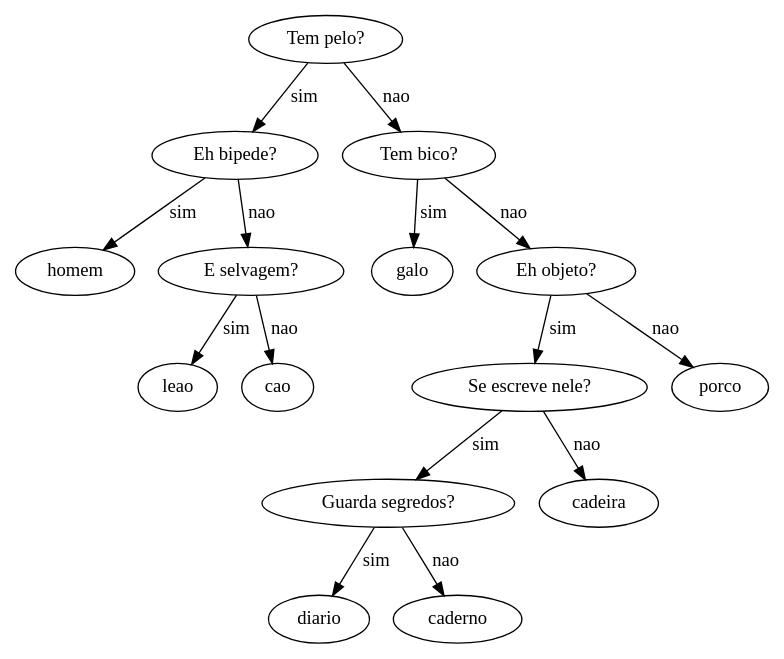
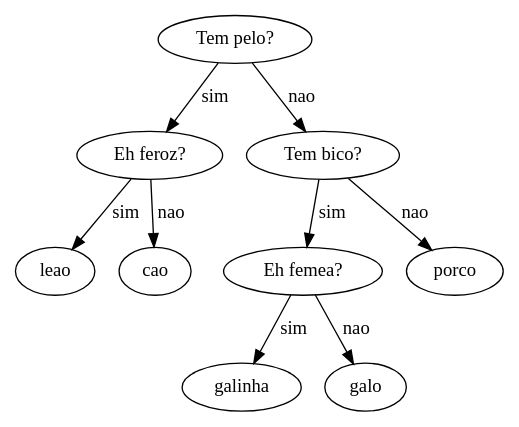
The diagram in database.dot (amaralcoding/miniakinator), drawn with Graphviz before and after one commit. The commit also changed 1 other file, not shown here.

```diff
--- a/database.dot
+++ b/database.dot
@@ -1,32 +1,20 @@
 digraph database
 {
 0[label="Tem pelo?"];
 0->1[label="sim"];
-0->6[label="nao"];
-1[label="Eh bipede?"];
+0->4[label="nao"];
+1[label="Eh feroz?"];
 1->2[label="sim"];
 1->3[label="nao"];
-2[label="homem"];
-3[label="E selvagem?"];
-3->4[label="sim"];
-3->5[label="nao"];
-4[label="leao"];
-5[label="cao"];
-6[label="Tem bico?"];
-6->7[label="sim"];
-6->8[label="nao"];
+2[label="leao"];
+3[label="cao"];
+4[label="Tem bico?"];
+4->5[label="sim"];
+4->8[label="nao"];
+5[label="Eh femea?"];
+5->6[label="sim"];
+5->7[label="nao"];
+6[label="galinha"];
 7[label="galo"];
-8[label="Eh objeto?"];
-8->9[label="sim"];
-8->12[label="nao"];
-9[label="Se escreve nele?"];
-9->13[label="sim"];
-9->11[label="nao"];
-13[label="Guarda segredos?"];
-13->14[label="sim"];
-13->10[label="nao"];
-14[label="diario"];
-10[label="caderno"];
-11[label="cadeira"];
-12[label="porco"];
+8[label="porco"];
 }
```
